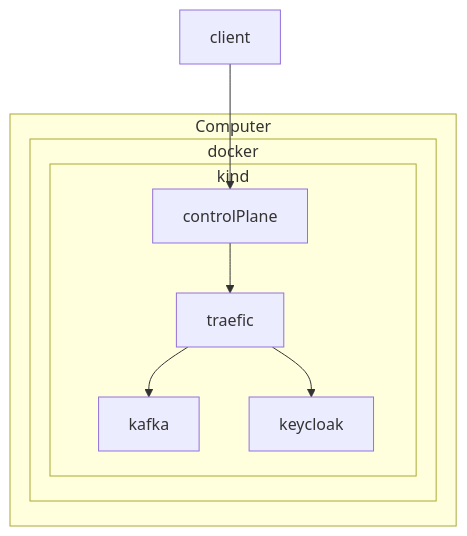
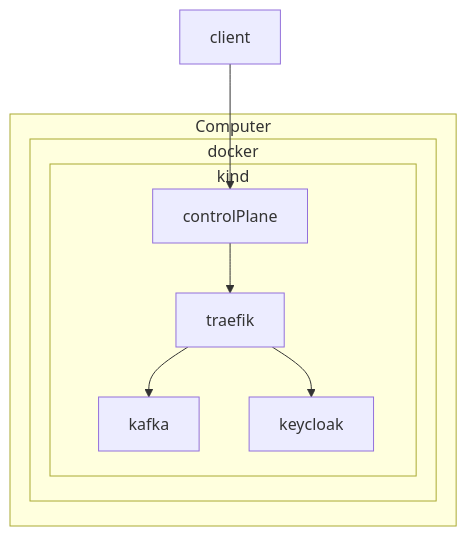
Before and after one commit to DenktMit-eG/local-dev-cluster: the diagram in README.md, drawn with Mermaid. The commit also changed other lines of this file and 42 other files, not shown here.

First line of the commit message:
Update Helm charts, cluster configuration, and documentation for local dev enhancements

````diff
--- a/README.md
+++ b/README.md
@@ -31,14 +32,14 @@
 ```mermaid
 flowchart TD
     client --> controlPlane
 
     subgraph Computer
         subgraph docker
             subgraph kind
-                controlPlane --> traefic
-                traefic --> kafka
-                traefic --> keycloak
+                controlPlane --> traefik
+                traefik --> kafka
+                traefik --> keycloak
             end
         end
     end
 ```
````
